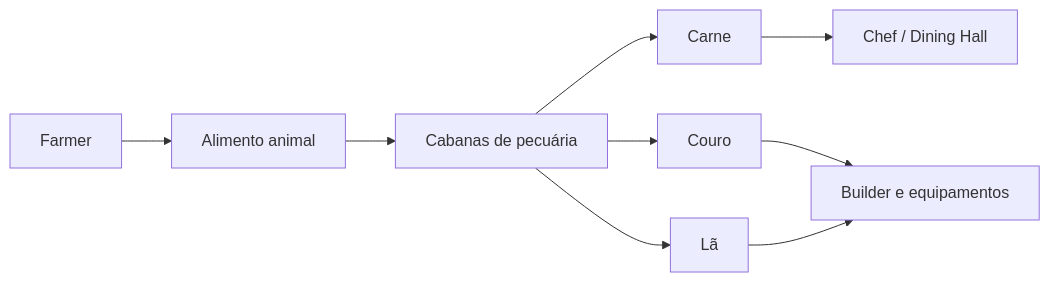
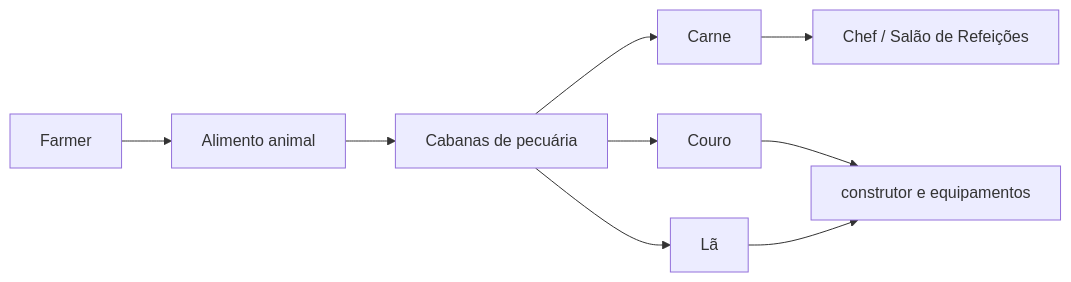
The diagram in content/06 - Recursos e Produção/Pecuária da colônia.md (addandias/minecolonies-vault), drawn with Mermaid before and after one commit. The commit also changed other lines of this file and 127 other files, not shown here.

````diff
--- a/content/06 - Recursos e Produção/Pecuária da colônia.md
+++ b/content/06 - Recursos e Produção/Pecuária da colônia.md
@@ -27,11 +27,11 @@
 ```mermaid
 flowchart LR
     A["Farmer"] --> B["Alimento animal"]
     B --> C["Cabanas de pecuária"]
     C --> D["Carne"]
     C --> E["Couro"]
     C --> F["Lã"]
-    D --> G["Chef / Dining Hall"]
-    E --> H["Builder e equipamentos"]
+    D --> G["Chef / Salão de Refeições"]
+    E --> H["construtor e equipamentos"]
     F --> H
 ```
````
